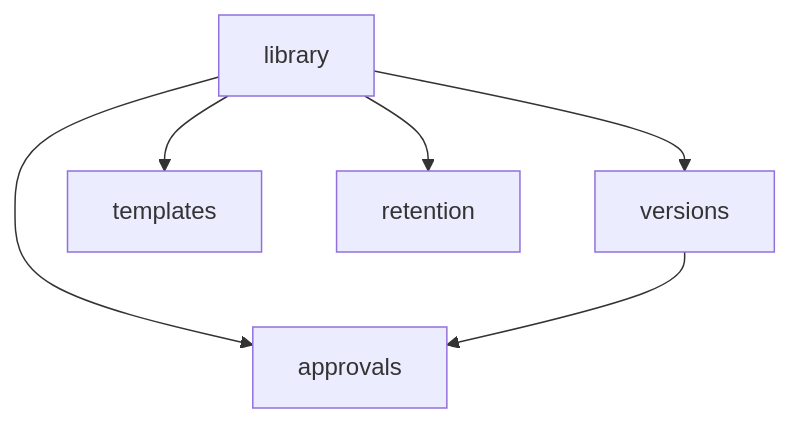
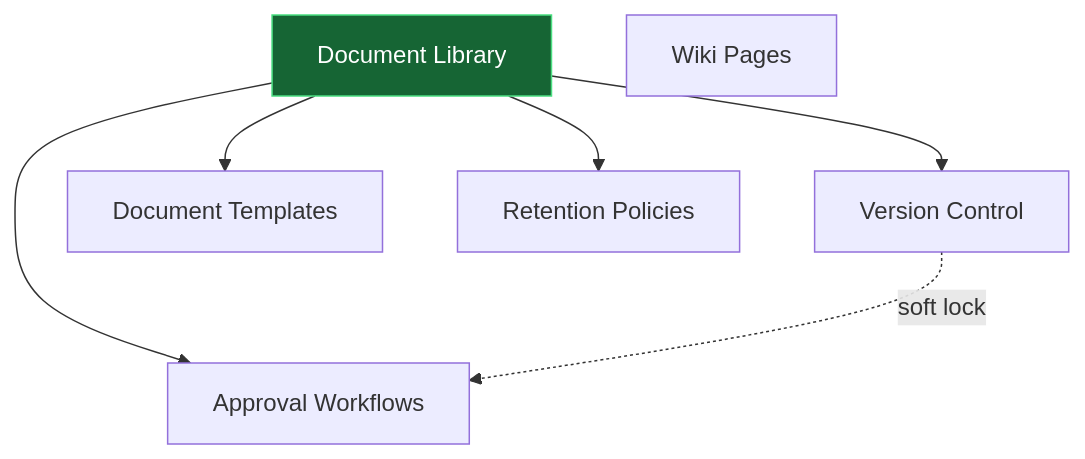
The diagram in vault/domains/dms/_index.md (Max-Nijenkamp/FlowFlex), drawn with Mermaid before and after one commit. The commit also changed other lines of this file and 2956 other files, not shown here.

````diff
--- a/vault/domains/dms/_index.md
+++ b/vault/domains/dms/_index.md
@@ -45,8 +49,12 @@
 ```mermaid
 graph TD
-    library --> versions
-    library --> templates
-    library --> approvals
-    library --> retention
-    versions --> approvals
+    library[Document Library] --> versions[Version Control]
+    library --> templates[Document Templates]
+    library --> approvals[Approval Workflows]
+    library --> retention[Retention Policies]
+    versions -.soft lock.-> approvals
+    wiki[Wiki Pages]
+
+    classDef anchor fill:#166534,stroke:#4ADE80,color:#fff;
+    class library anchor
 ```
````
